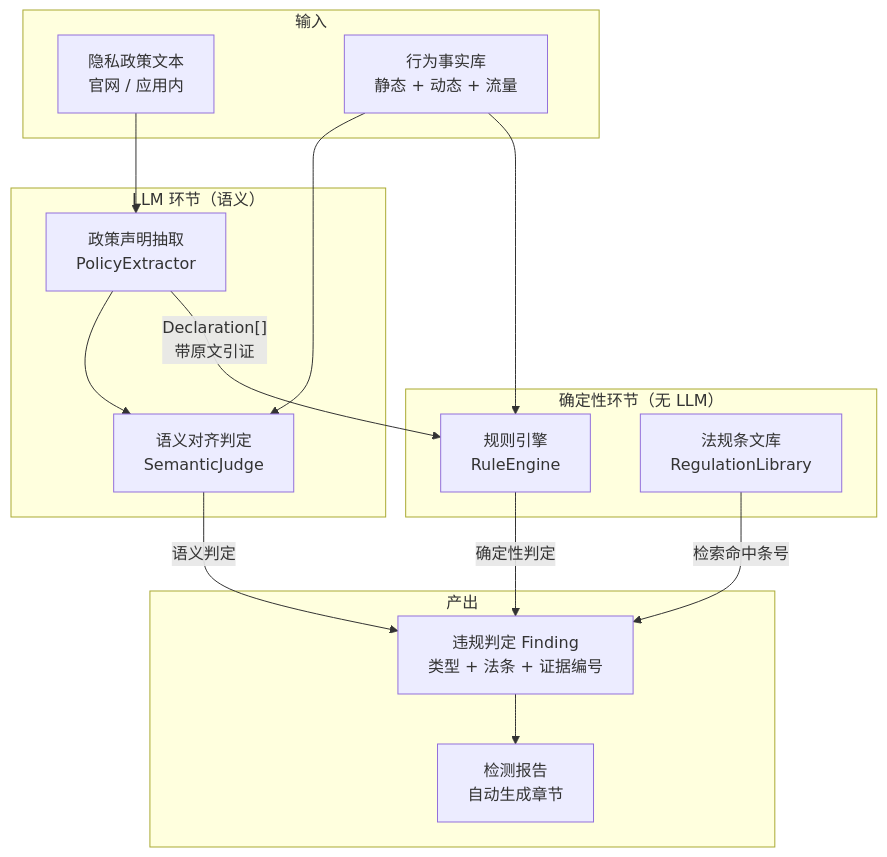
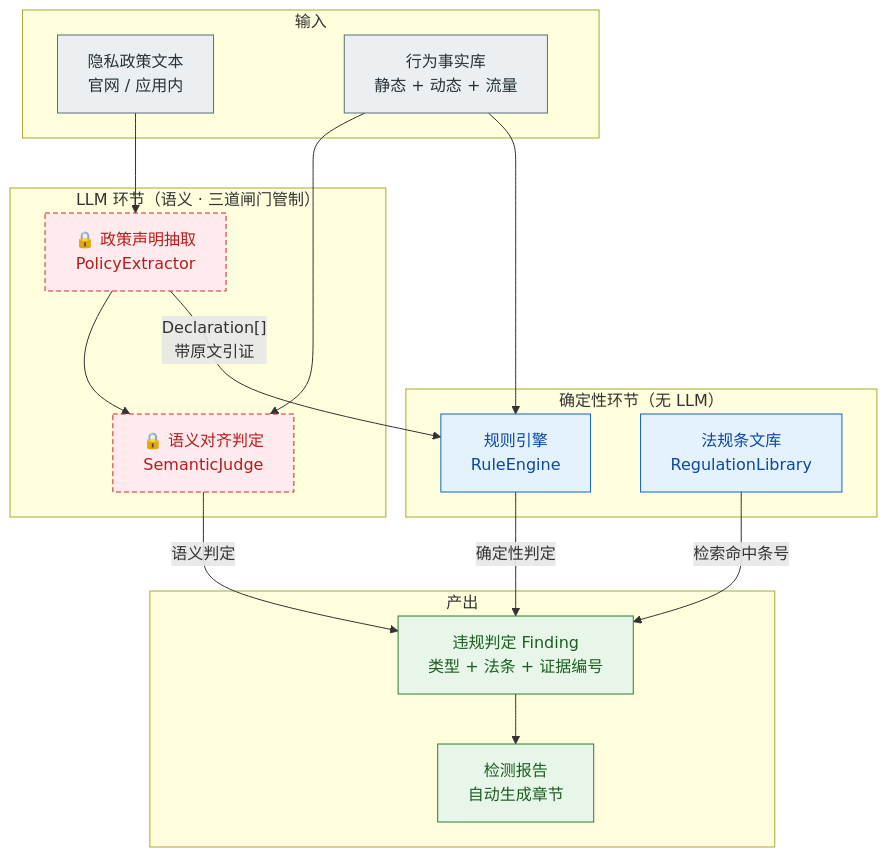
Before and after one commit to ConradLu2740/app-privacy-audit: the diagram in docs/design/llm-compliance-engine.md, drawn with Mermaid. The commit also changed 7 other files, not shown here.

First line of the commit message:
Upgrade all diagrams: unified styling, gate markers, data visualization

````diff
--- a/docs/design/llm-compliance-engine.md
+++ b/docs/design/llm-compliance-engine.md
@@ -35,32 +35,42 @@
 ```mermaid
 flowchart TB
+  classDef input fill:#ECEFF1,stroke:#546E7A,color:#263238;
+  classDef llm fill:#FFEBEE,stroke:#C62828,color:#B71C1C,stroke-dasharray:5 3;
+  classDef det fill:#E3F2FD,stroke:#1565C0,color:#0D47A1;
+  classDef out fill:#E8F5E9,stroke:#2E7D32,color:#1B5E20;
+
   subgraph Input["输入"]
     P["隐私政策文本<br/>官网 / 应用内"]
     BF["行为事实库<br/>静态 + 动态 + 流量"]
   end
 
-  subgraph Extract["LLM 环节（语义）"]
-    PE["政策声明抽取<br/>PolicyExtractor"]
-    SV["语义对齐判定<br/>SemanticJudge"]
+  subgraph Extract["LLM 环节（语义 · 三道闸门管制）"]
+    PE["🔒 政策声明抽取<br/>PolicyExtractor"]
+    SV["🔒 语义对齐判定<br/>SemanticJudge"]
   end
 
   subgraph Deterministic["确定性环节（无 LLM）"]
     RL["规则引擎<br/>RuleEngine"]
     REG["法规条文库<br/>RegulationLibrary"]
   end
 
   subgraph Output["产出"]
     F["违规判定 Finding<br/>类型 + 法条 + 证据编号"]
     RPT["检测报告<br/>自动生成章节"]
   end
 
   P --> PE
   PE -->|"Declaration[]<br/>带原文引证"| RL
   BF --> RL
   BF --> SV
   PE --> SV
   RL -->|"确定性判定"| F
   SV -->|"语义判定"| F
   REG -->|"检索命中条号"| F
   F --> RPT
+
+  class P,BF input;
+  class PE,SV llm;
+  class RL,REG det;
+  class F,RPT out;
 ```
````
